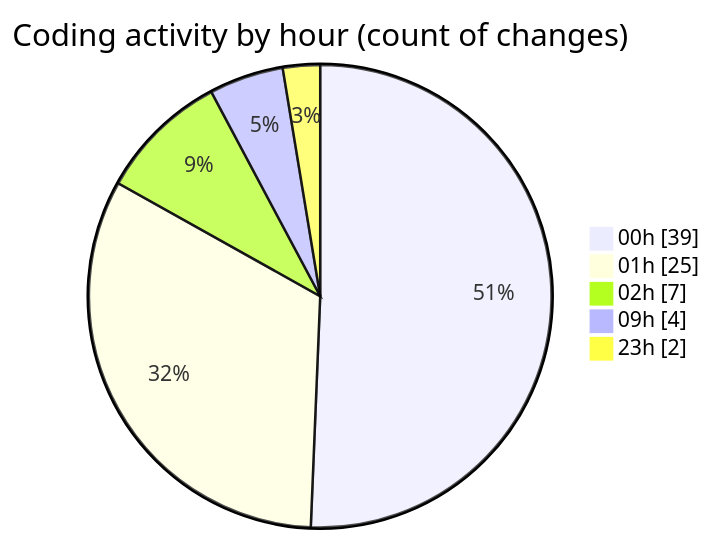
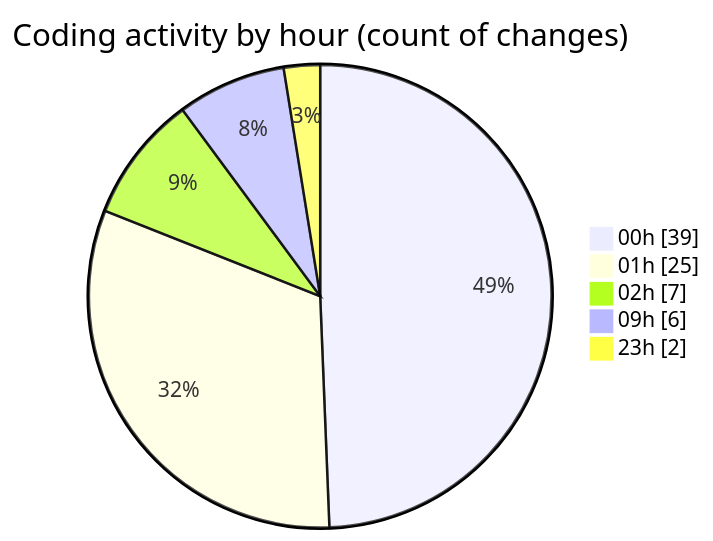
Before and after one commit to julien-gomy/code-tracking: the second of 2 diagrams in 2025-10-10/eventscop-frontend-guide__workspace_/README.md, drawn with Mermaid. The commit also changed other lines of this file and 1 other file, not shown here.

````diff
--- a/2025-10-10/eventscop-frontend-guide__workspace_/README.md
+++ b/2025-10-10/eventscop-frontend-guide__workspace_/README.md
@@ -34,9 +34,9 @@
 ```mermaid
 pie showData
 title Coding activity by hour (count of changes)
 "00h" : 39
 "01h" : 25
 "02h" : 7
-"09h" : 4
+"09h" : 6
 "23h" : 2
 ```
````
